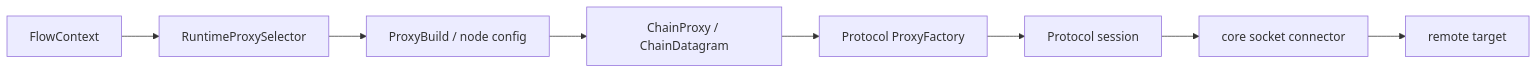
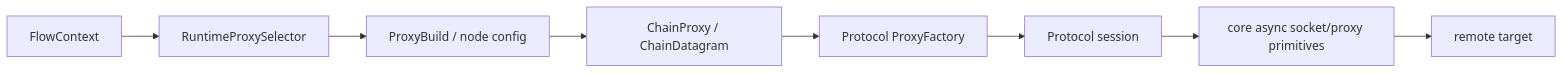
One commit to yuhaiin/doradus changed the ninth of 18 diagrams in docs/ARCHITECTURE.md. Above: the diagram before and after it, drawn with Mermaid. The commit also changed other lines of this file and 43 other files, not shown here.

````diff
--- a/docs/ARCHITECTURE.md
+++ b/docs/ARCHITECTURE.md
@@ -524,19 +543,19 @@
 ```mermaid
 flowchart LR
     FLOW[FlowContext]
     SELECTOR[RuntimeProxySelector]
     BUILD[ProxyBuild / node config]
     CHAIN[ChainProxy / ChainDatagram]
     FACTORY[Protocol ProxyFactory]
     SESSION[Protocol session]
-    SOCKET[core socket connector]
+    SOCKET[core async socket/proxy primitives]
     TARGET[remote target]
 
     FLOW --> SELECTOR
     SELECTOR --> BUILD
     BUILD --> CHAIN
     CHAIN --> FACTORY
     FACTORY --> SESSION
     SESSION --> SOCKET
     SOCKET --> TARGET
 ```
````
